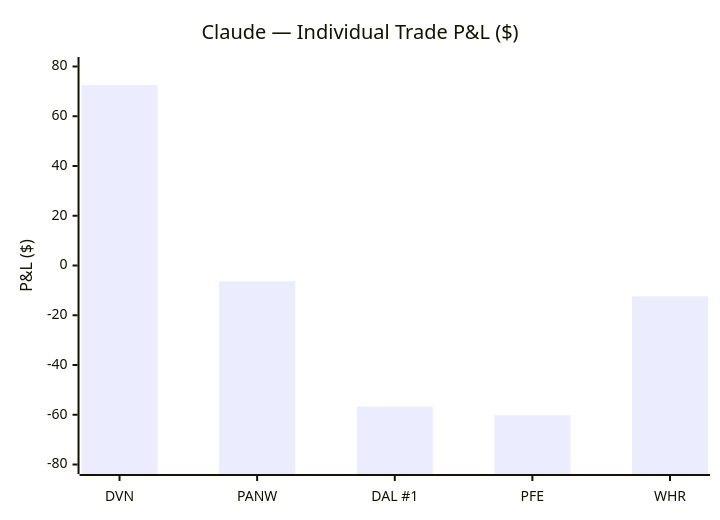
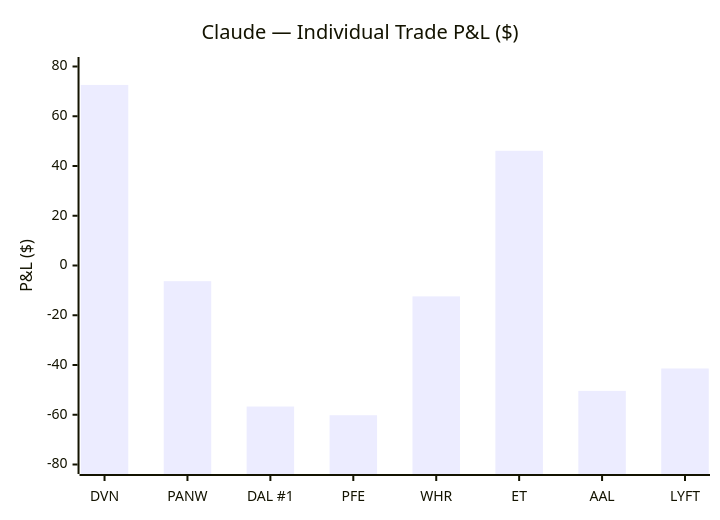
One commit to zachisit/ai-auto-buy-thesis changed the second of 5 diagrams in README.md. Above: the diagram before and after it, drawn with Mermaid. The commit also changed other lines of this file and 2 other files, not shown here.

Commit message:
Add 04-30 sessions; update README — ET day 8 WIN $19.82 (+$46.11), AAL/LYFT stopped 4/29, Claude 8 trades 2W/6L -$108.70; new rules: limit sells at target, 1.5 ATR stops, no airlines above $90 oil; DeepSeek DVN-002 day 6 HOLD

````diff
--- a/README.md
+++ b/README.md
@@ -39,7 +39,7 @@
 ```mermaid
 xychart-beta
     title "Claude — Individual Trade P&L ($)"
-    x-axis ["DVN", "PANW", "DAL #1", "PFE", "WHR"]
+    x-axis ["DVN", "PANW", "DAL #1", "PFE", "WHR", "ET", "AAL", "LYFT"]
     y-axis "P&L ($)" -80 --> 80
-    bar [72.60, -6.30, -56.70, -60.20, -12.41]
+    bar [72.60, -6.30, -56.70, -60.20, -12.41, 46.11, -50.40, -41.40]
 ```
````
